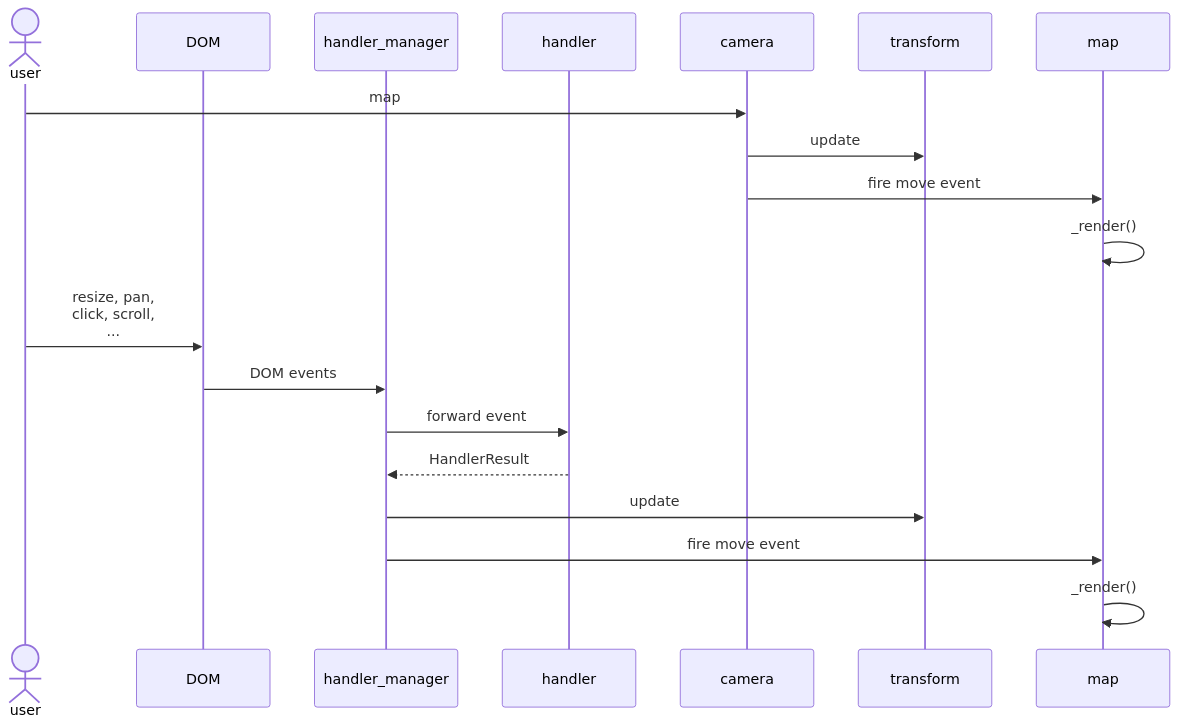
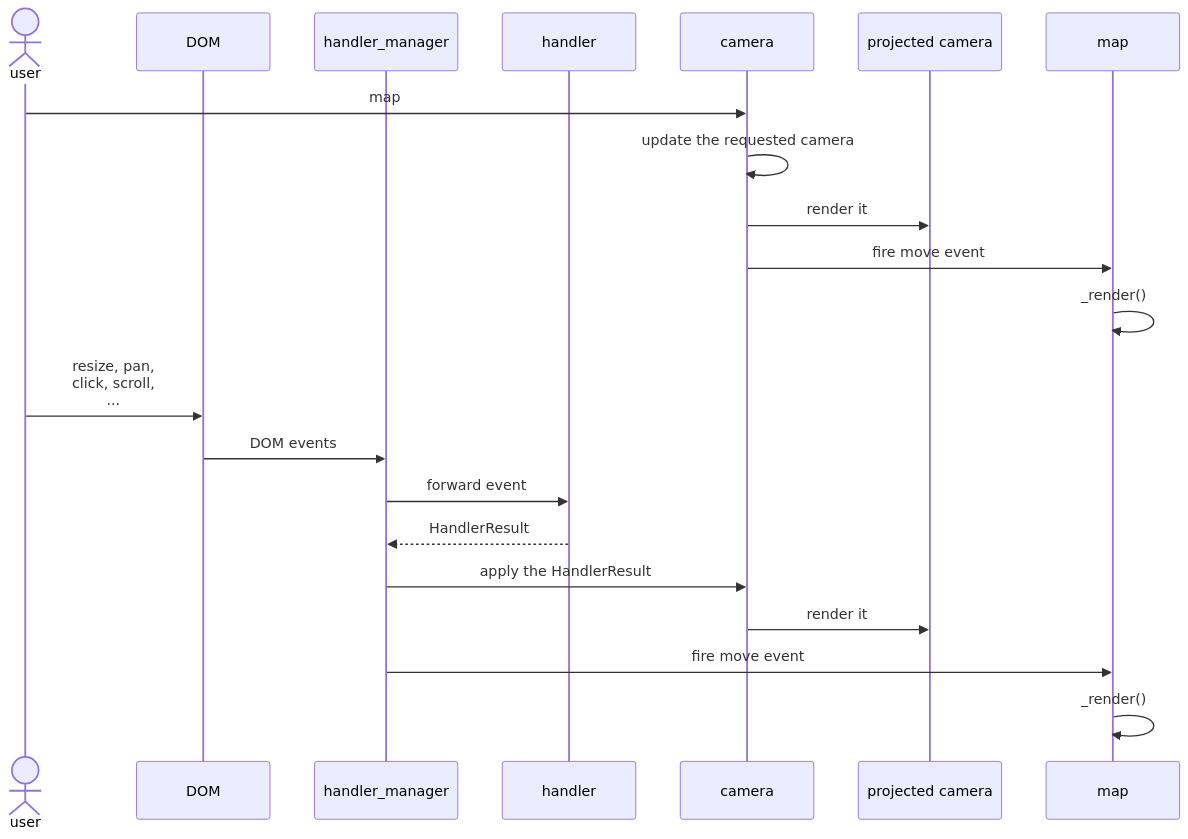
The first of 3 diagrams in developer-guides/life-of-a-tile.md (maplibre/maplibre-gl-js), drawn with Mermaid before and after one commit. The commit also changed other lines of this file and 172 other files, not shown here.

````diff
--- a/developer-guides/life-of-a-tile.md
+++ b/developer-guides/life-of-a-tile.md
@@ -13,23 +13,25 @@
 ```mermaid
 sequenceDiagram
     actor user
     participant DOM
     participant handler_manager
     participant handler
     participant camera
-    participant transform
+    participant projected_camera as projected camera
     participant map
 
     user->>camera: map#setCenter, map#panTo
-    camera->>transform: update
+    camera->>camera: update the requested camera
+    camera->>projected_camera: render it
     camera->>map: fire move event
     map->>map: _render()
 
     user->>DOM: resize, pan,<br>click, scroll,<br>...
     DOM->>handler_manager: DOM events
     handler_manager->>handler: forward event
     handler-->>handler_manager: HandlerResult
-    handler_manager->>transform: update
+    handler_manager->>camera: apply the HandlerResult
+    camera->>projected_camera: render it
     handler_manager->>map: fire move event
     map->>map: _render()
 ```
````
